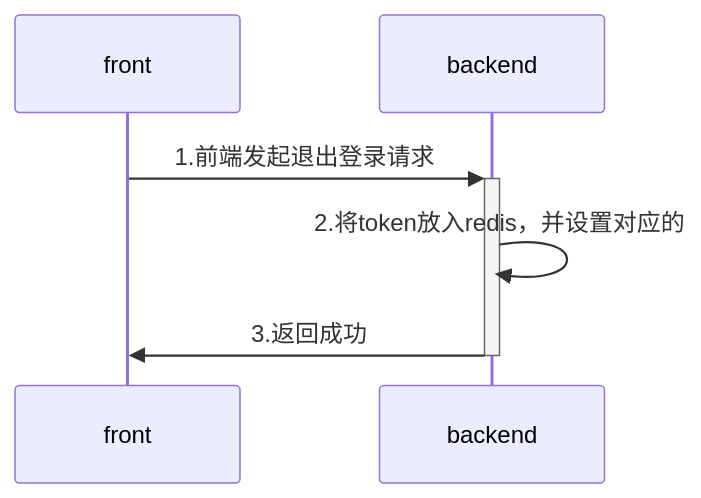
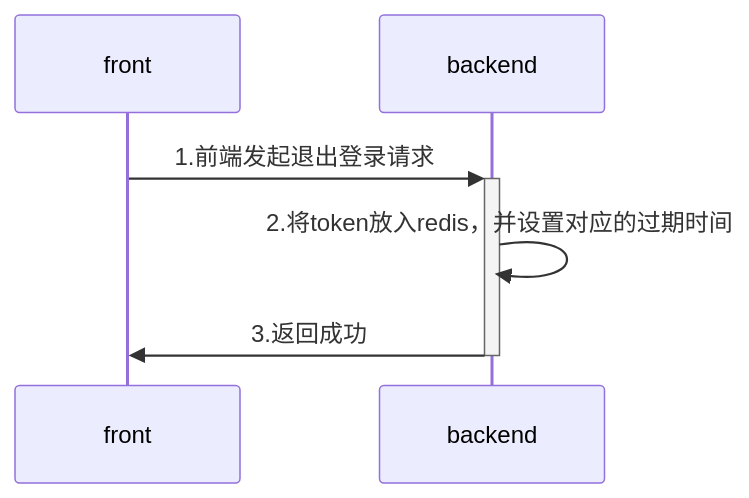
One commit to yingjianzh/iodraw-files changed the diagram in all/未命名-4.md. Above: the diagram before and after it, drawn with Mermaid.

Commit message:
2024-10-09 16:25:16 update

````diff
--- a/all/未命名-4.md
+++ b/all/未命名-4.md
@@ -1,7 +1,7 @@
 ```mermaid
 sequenceDiagram
     front->>+backend: 1.前端发起退出登录请求
-    backend->>backend: 2.将token放入redis，并设置对应的
+    backend->>backend: 2.将token放入redis，并设置对应的过期时间
     backend->>-front: 3.返回成功
    
 ```
````
